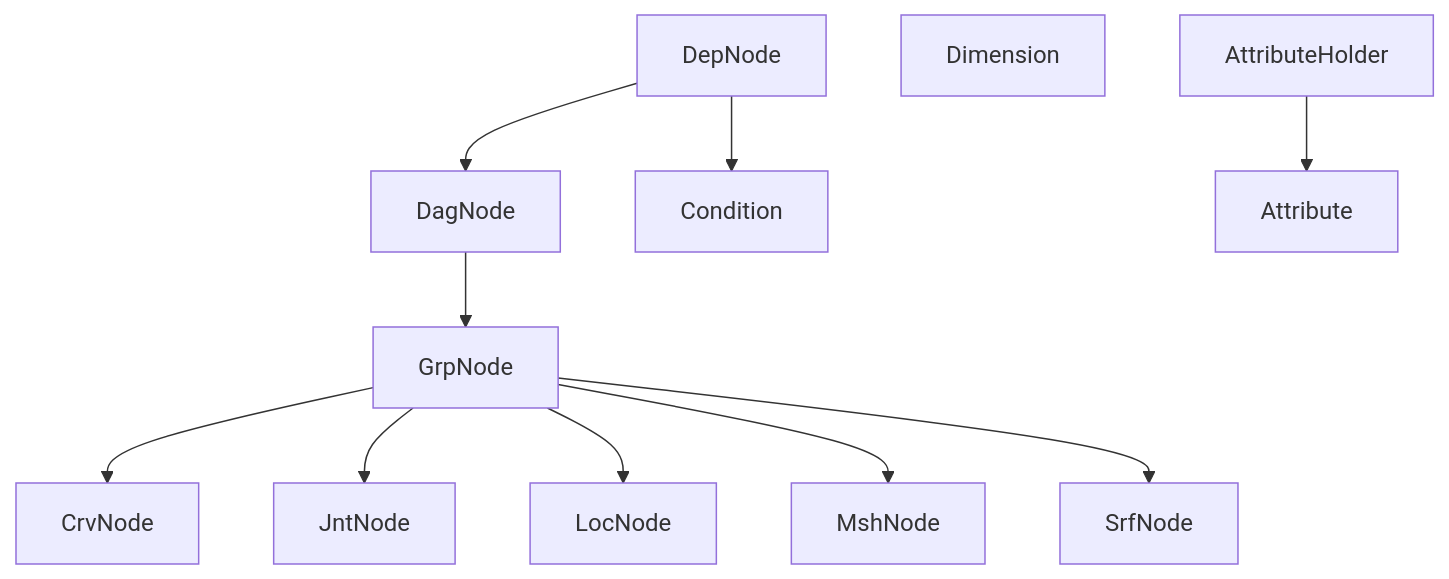
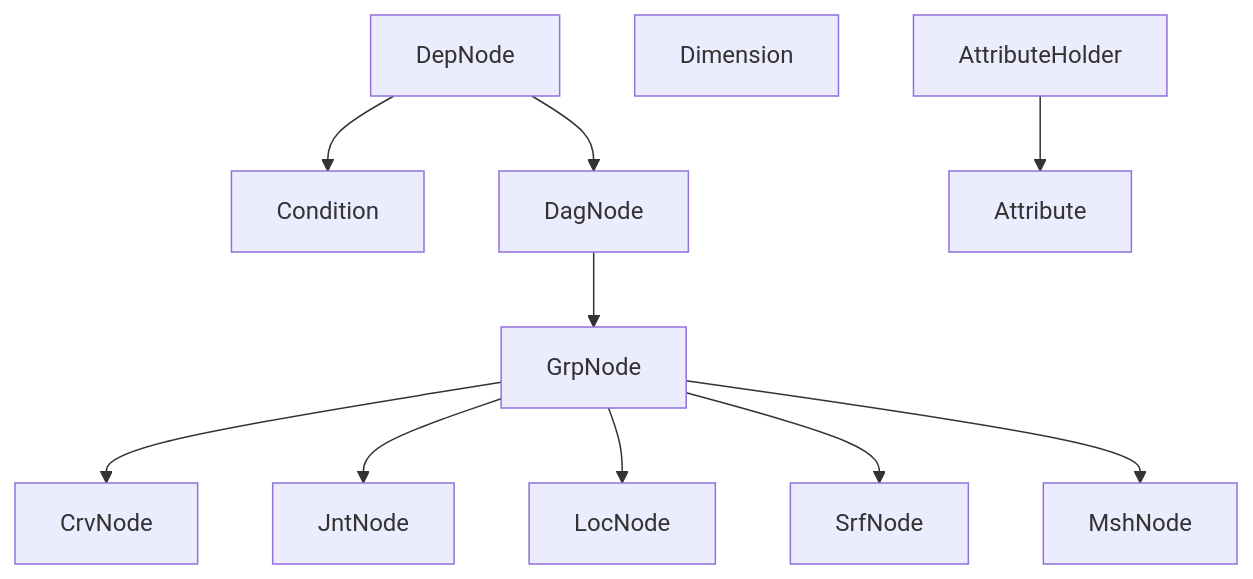
Before and after one commit to nickyliux/nl_rigging_tools: the first of 2 diagrams in README.md, drawn with Mermaid. The commit also changed other lines of this file and 13 other files, not shown here.

Commit message:
Fix biped neck space; Fix readme chart; Move skin fn in MshNode to GrpNode and skin.py

````diff
--- a/README.md
+++ b/README.md
@@ -77,14 +77,14 @@
 ```mermaid
 flowchart
+    DepNode --> Condition
     DepNode --> DagNode
-    DepNode --> Condition
     DagNode --> GrpNode
     GrpNode --> CrvNode
     GrpNode --> JntNode
     GrpNode --> LocNode
+    GrpNode --> SrfNode
     GrpNode --> MshNode
-    GrpNode --> SrfNode
 
     Dimension
     AttributeHolder --> Attribute
 ```
````
